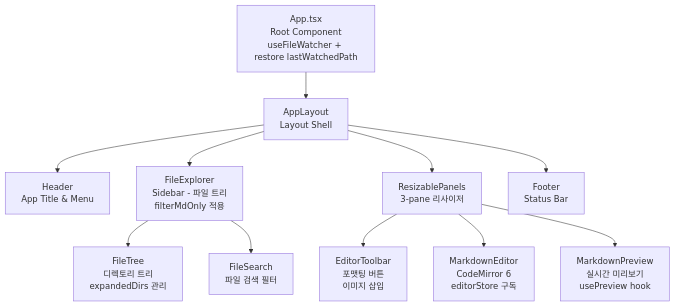
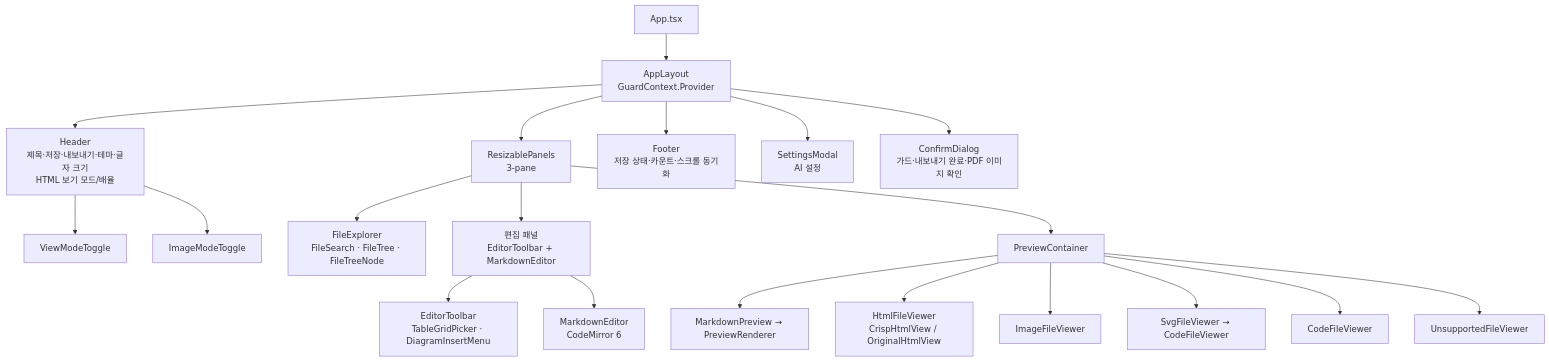
The diagram in .moai/project/codemaps/frontend.md (bjw202/mdedit), drawn with Mermaid before and after one commit. The commit also changed other lines of this file and 4 other files, not shown here.

````diff
--- a/.moai/project/codemaps/frontend.md
+++ b/.moai/project/codemaps/frontend.md
@@ -8,31 +23,27 @@
 ```mermaid
 graph TD
-    A["App.tsx<br/>Root Component<br/>useFileWatcher + restore lastWatchedPath"]
-    
-    B["AppLayout<br/>Layout Shell"]
-    
-    C["Header<br/>App Title & Menu"]
-    D["FileExplorer<br/>Sidebar - 파일 트리<br/>filterMdOnly 적용"]
-    E["ResizablePanels<br/>3-pane 리사이저"]
-    F["Footer<br/>Status Bar"]
-    
-    G["MarkdownEditor<br/>CodeMirror 6<br/>editorStore 구독"]
-    H["EditorToolbar<br/>포맷팅 버튼<br/>이미지 삽입"]
-    I["MarkdownPreview<br/>실시간 미리보기<br/>usePreview hook"]
-    
-    J["FileTree<br/>디렉토리 트리<br/>expandedDirs 관리"]
-    K["FileSearch<br/>파일 검색 필터"]
-    
-    A --> B
-    B --> C
-    B --> D
-    B --> E
-    B --> F
-    
-    D --> J
-    D --> K
-    
-    E --> H
-    E --> G
-    E --> I
+    A["App.tsx"] --> B["AppLayout<br/>GuardContext.Provider"]
+
+    B --> H["Header<br/>제목·저장·내보내기·테마·글자 크기<br/>HTML 보기 모드/배율"]
+    B --> RP["ResizablePanels<br/>3-pane"]
+    B --> F["Footer<br/>저장 상태·카운트·스크롤 동기화"]
+    B --> SM["SettingsModal<br/>AI 설정"]
+    B --> CD["ConfirmDialog<br/>가드·내보내기 완료·PDF 이미지 확인"]
+
+    H --> VT["ViewModeToggle"]
+    H --> IM["ImageModeToggle"]
+
+    RP --> S["FileExplorer<br/>FileSearch · FileTree · FileTreeNode"]
+    RP --> E["편집 패널<br/>EditorToolbar + MarkdownEditor"]
+    RP --> P["PreviewContainer"]
+
+    E --> ET["EditorToolbar<br/>TableGridPicker · DiagramInsertMenu"]
+    E --> ME["MarkdownEditor<br/>CodeMirror 6"]
+
+    P --> MP["MarkdownPreview → PreviewRenderer"]
+    P --> HV["HtmlFileViewer<br/>CrispHtmlView / OriginalHtmlView"]
+    P --> IV["ImageFileViewer"]
+    P --> SV["SvgFileViewer → CodeFileViewer"]
+    P --> CV["CodeFileViewer"]
+    P --> UV["UnsupportedFileViewer"]
 ```
````
